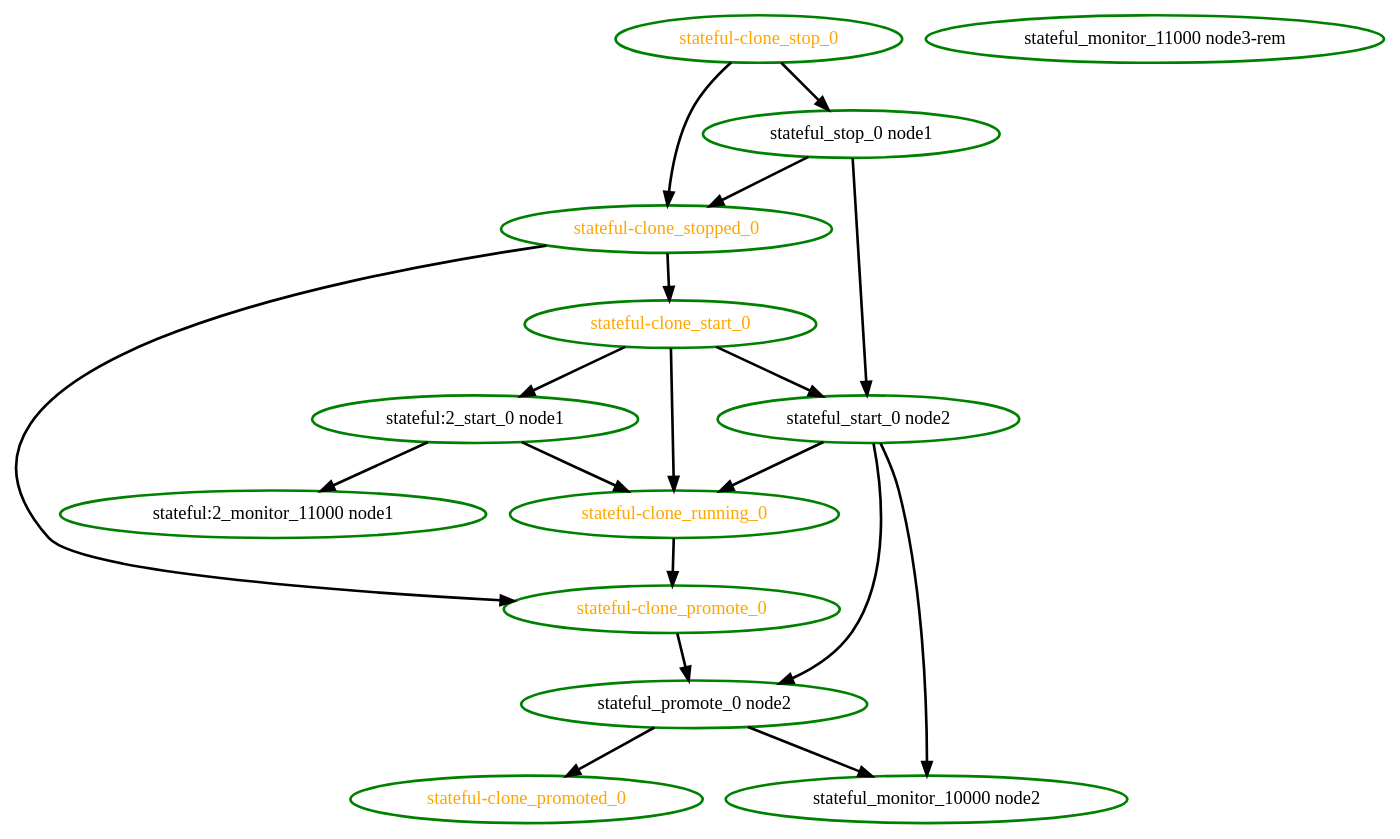
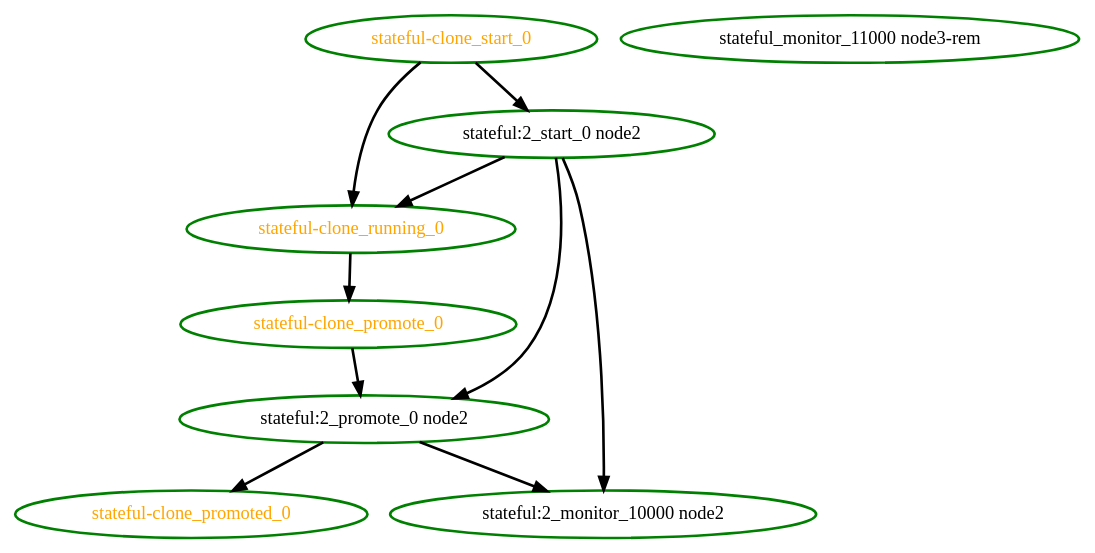
One commit to ClusterLabs/pacemaker changed the diagram in cts/scheduler/dot/promotable-anon-recover-promoted.dot. Above: the diagram before and after it, drawn with Graphviz. The commit also changed 15 other files, not shown here.

```diff
--- a/cts/scheduler/dot/promotable-anon-recover-promoted.dot
+++ b/cts/scheduler/dot/promotable-anon-recover-promoted.dot
@@ -1,33 +1,19 @@
  digraph "g" {
-"stateful-clone_promote_0" -> "stateful_promote_0 node2" [ style = bold]
+"stateful-clone_promote_0" -> "stateful:2_promote_0 node2" [ style = bold]
 "stateful-clone_promote_0" [ style=bold color="green" fontcolor="orange"]
 "stateful-clone_promoted_0" [ style=bold color="green" fontcolor="orange"]
 "stateful-clone_running_0" -> "stateful-clone_promote_0" [ style = bold]
 "stateful-clone_running_0" [ style=bold color="green" fontcolor="orange"]
 "stateful-clone_start_0" -> "stateful-clone_running_0" [ style = bold]
-"stateful-clone_start_0" -> "stateful:2_start_0 node1" [ style = bold]
-"stateful-clone_start_0" -> "stateful_start_0 node2" [ style = bold]
+"stateful-clone_start_0" -> "stateful:2_start_0 node2" [ style = bold]
 "stateful-clone_start_0" [ style=bold color="green" fontcolor="orange"]
-"stateful-clone_stop_0" -> "stateful-clone_stopped_0" [ style = bold]
-"stateful-clone_stop_0" -> "stateful_stop_0 node1" [ style = bold]
-"stateful-clone_stop_0" [ style=bold color="green" fontcolor="orange"]
-"stateful-clone_stopped_0" -> "stateful-clone_promote_0" [ style = bold]
-"stateful-clone_stopped_0" -> "stateful-clone_start_0" [ style = bold]
-"stateful-clone_stopped_0" [ style=bold color="green" fontcolor="orange"]
-"stateful:2_monitor_11000 node1" [ style=bold color="green" fontcolor="black"]
-"stateful:2_start_0 node1" -> "stateful-clone_running_0" [ style = bold]
-"stateful:2_start_0 node1" -> "stateful:2_monitor_11000 node1" [ style = bold]
-"stateful:2_start_0 node1" [ style=bold color="green" fontcolor="black"]
-"stateful_monitor_10000 node2" [ style=bold color="green" fontcolor="black"]
+"stateful:2_monitor_10000 node2" [ style=bold color="green" fontcolor="black"]
+"stateful:2_promote_0 node2" -> "stateful-clone_promoted_0" [ style = bold]
+"stateful:2_promote_0 node2" -> "stateful:2_monitor_10000 node2" [ style = bold]
+"stateful:2_promote_0 node2" [ style=bold color="green" fontcolor="black"]
+"stateful:2_start_0 node2" -> "stateful-clone_running_0" [ style = bold]
+"stateful:2_start_0 node2" -> "stateful:2_monitor_10000 node2" [ style = bold]
+"stateful:2_start_0 node2" -> "stateful:2_promote_0 node2" [ style = bold]
+"stateful:2_start_0 node2" [ style=bold color="green" fontcolor="black"]
 "stateful_monitor_11000 node3-rem" [ style=bold color="green" fontcolor="black"]
-"stateful_promote_0 node2" -> "stateful-clone_promoted_0" [ style = bold]
-"stateful_promote_0 node2" -> "stateful_monitor_10000 node2" [ style = bold]
-"stateful_promote_0 node2" [ style=bold color="green" fontcolor="black"]
-"stateful_start_0 node2" -> "stateful-clone_running_0" [ style = bold]
-"stateful_start_0 node2" -> "stateful_monitor_10000 node2" [ style = bold]
-"stateful_start_0 node2" -> "stateful_promote_0 node2" [ style = bold]
-"stateful_start_0 node2" [ style=bold color="green" fontcolor="black"]
-"stateful_stop_0 node1" -> "stateful-clone_stopped_0" [ style = bold]
-"stateful_stop_0 node1" -> "stateful_start_0 node2" [ style = bold]
-"stateful_stop_0 node1" [ style=bold color="green" fontcolor="black"]
 }
```
